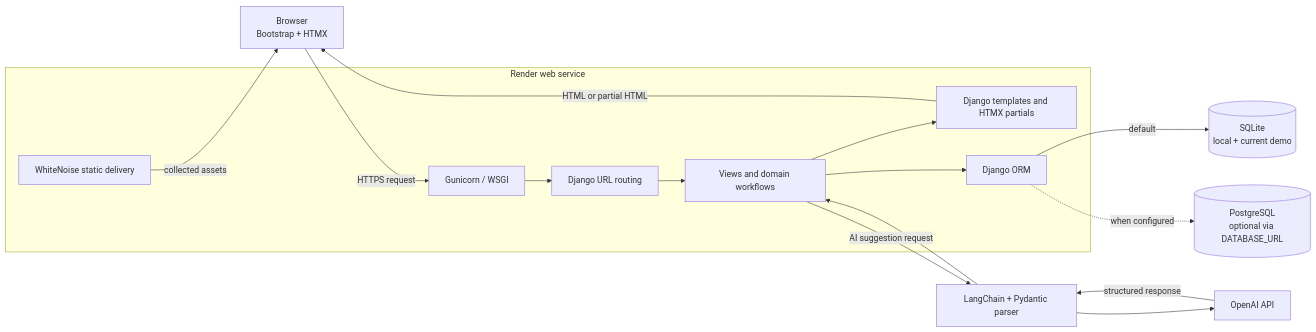
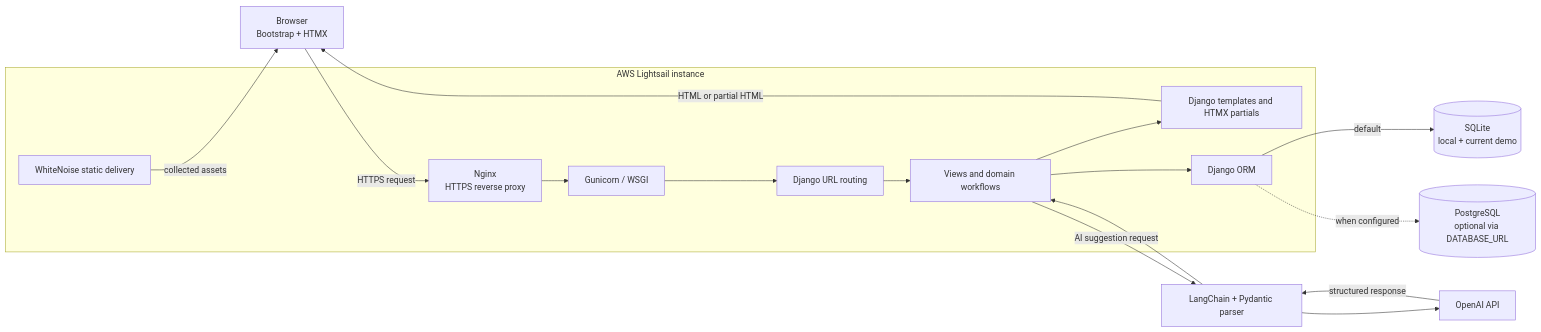
One commit to Dennylunch/TrainForge changed the first of 2 diagrams in README.md. Above: the diagram before and after it, drawn with Mermaid. The commit also changed other lines of this file, not shown here.

````diff
--- a/README.md
+++ b/README.md
@@ -81,28 +81,29 @@
 ```mermaid
 flowchart LR
     Browser["Browser<br/>Bootstrap + HTMX"]
 
-    subgraph Render["Render web service"]
+    subgraph Lightsail["AWS Lightsail instance"]
+        Nginx["Nginx<br/>HTTPS reverse proxy"]
         Gunicorn["Gunicorn / WSGI"]
         Django["Django URL routing"]
         Views["Views and domain workflows"]
         Templates["Django templates and HTMX partials"]
         ORM["Django ORM"]
         WhiteNoise["WhiteNoise static delivery"]
     end
 
     SQLite[("SQLite<br/>local + current demo")]
     PostgreSQL[("PostgreSQL<br/>optional via DATABASE_URL")]
     LangChain["LangChain + Pydantic parser"]
     OpenAI["OpenAI API"]
 
-    Browser -->|HTTPS request| Gunicorn
+    Browser -->|HTTPS request| Nginx --> Gunicorn
     Gunicorn --> Django --> Views
     Views --> Templates -->|HTML or partial HTML| Browser
     Views --> ORM
     ORM -->|default| SQLite
     ORM -.->|when configured| PostgreSQL
     Views -->|AI suggestion request| LangChain --> OpenAI
     OpenAI -->|structured response| LangChain --> Views
     WhiteNoise -->|collected assets| Browser
 ```
````
